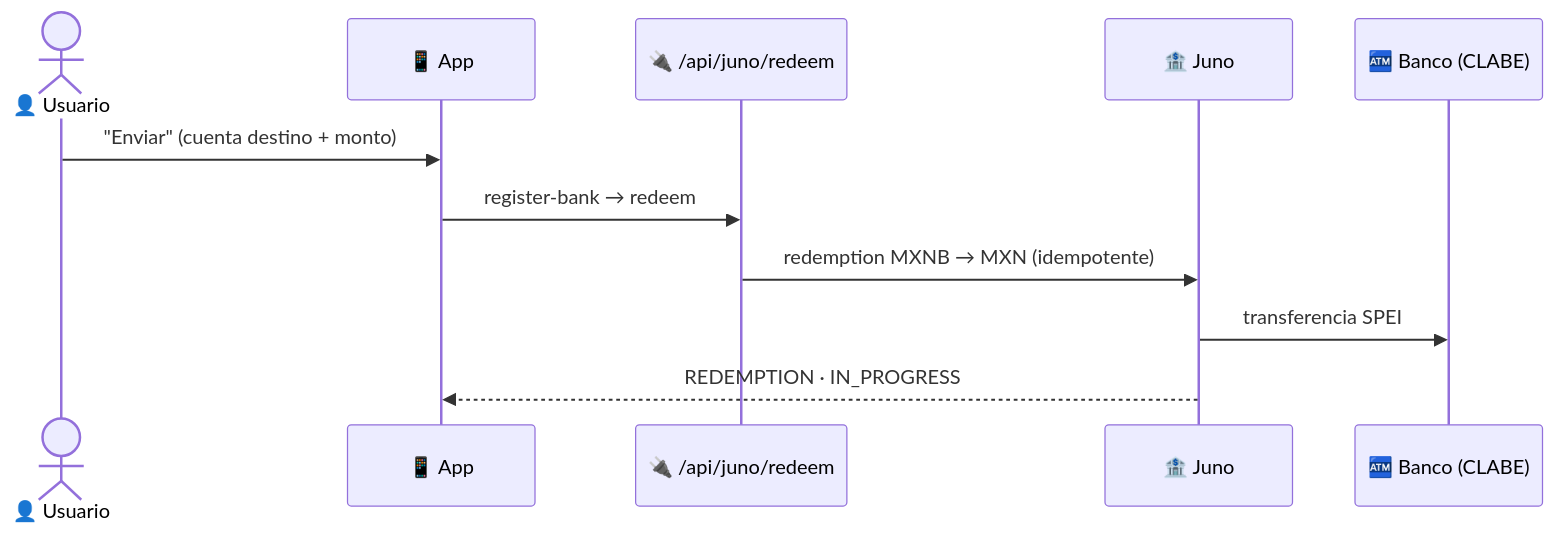
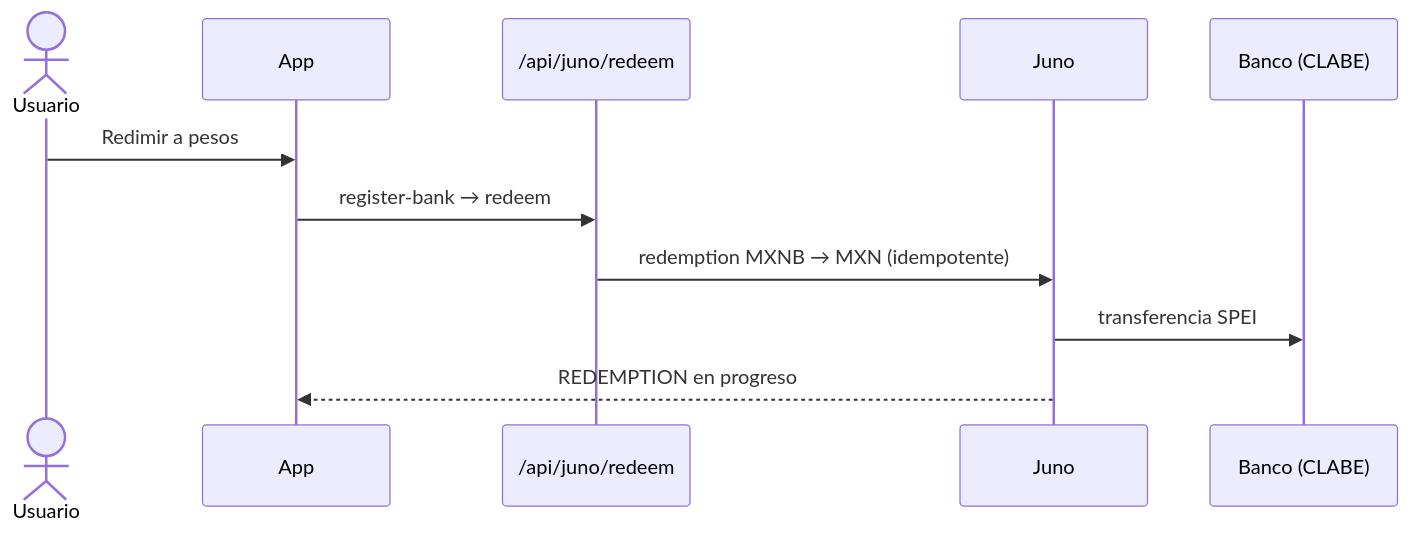
One commit to Seyfert-Labs/SEYF-P changed the fifth of 6 diagrams in README.md. Above: the diagram before and after it, drawn with Mermaid. The commit also changed other lines of this file and 8 other files, not shown here.

````diff
--- a/README.md
+++ b/README.md
@@ -141,13 +202,13 @@
 ```mermaid
 sequenceDiagram
-    actor U as 👤 Usuario
-    participant App as 📱 App
-    participant API as 🔌 /api/juno/redeem
-    participant Juno as 🏦 Juno
-    participant Bank as 🏧 Banco (CLABE)
-    U->>App: "Enviar" (cuenta destino + monto)
+    actor U as Usuario
+    participant App
+    participant API as /api/juno/redeem
+    participant Juno
+    participant Bank as Banco (CLABE)
+    U->>App: Redimir a pesos
     App->>API: register-bank → redeem
     API->>Juno: redemption MXNB → MXN (idempotente)
     Juno->>Bank: transferencia SPEI
-    Juno-->>App: REDEMPTION · IN_PROGRESS
+    Juno-->>App: REDEMPTION en progreso
 ```
````
